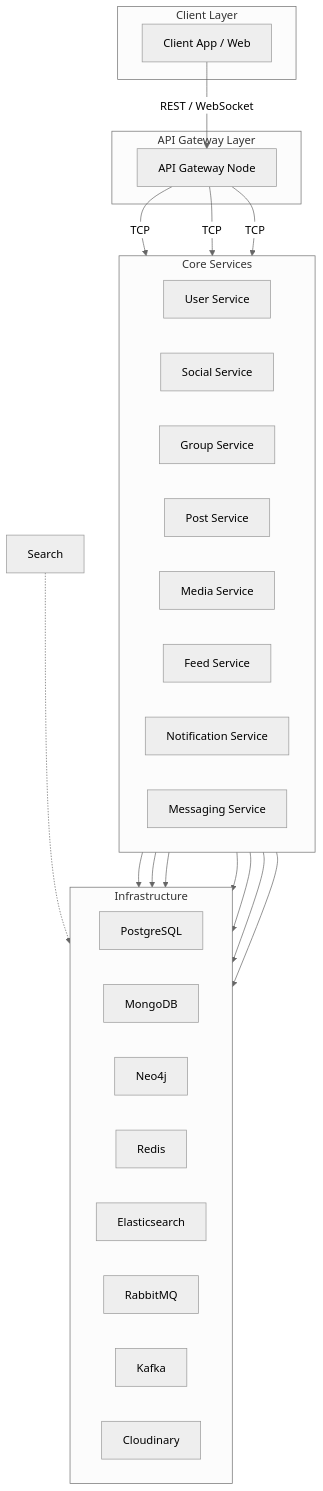
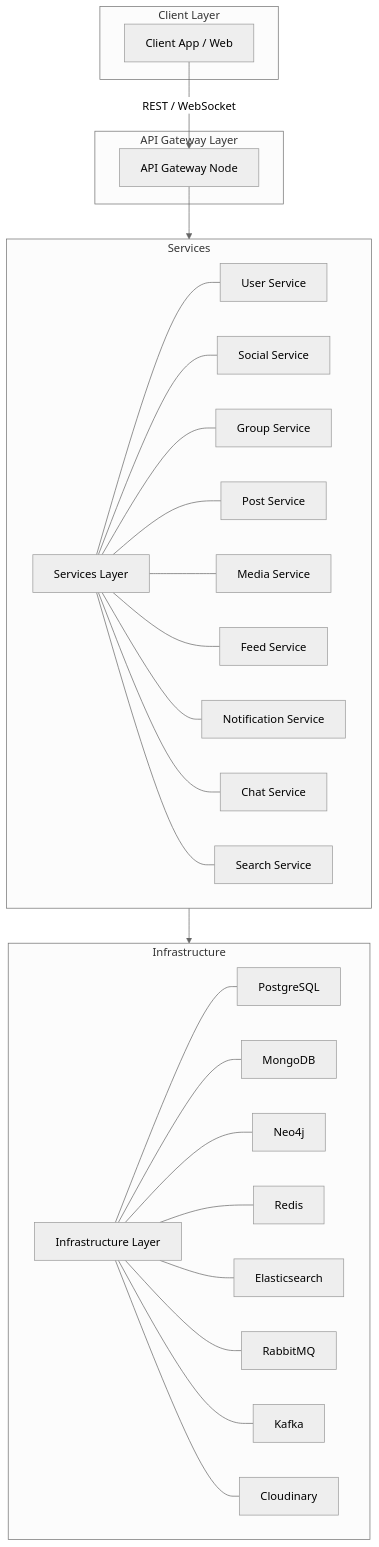
One commit to LeVanHuy84/microservice-server changed the diagram in doan.md. Above: the diagram before and after it, drawn with Mermaid (neutral theme).

````diff
--- a/doan.md
+++ b/doan.md
@@ -2,71 +2,81 @@
 ``` mermaid
 flowchart TB
 
 %% =====================
 %% CLIENT
 %% =====================
 subgraph CLIENT["Client Layer"]
   Client["Client App / Web"]
 end
 
 %% =====================
 %% GATEWAY
 %% =====================
 subgraph GATEWAY["API Gateway Layer"]
   APIGW["API Gateway Node"]
 end
 
 %% =====================
-%% CORE SERVICES
+%% SERVICES
 %% =====================
-subgraph SERVICES["Core Services"]
+subgraph SERVICES["Services"]
   direction LR
+
+  ServicesCore["Services Layer"]
 
   User["User Service"]
   Social["Social Service"]
   Group["Group Service"]
   Post["Post Service"]
-
   Media["Media Service"]
   Feed["Feed Service"]
   Notify["Notification Service"]
-  Message["Messaging Service"]
+  Chat["Chat Service"]
+  Search["Search Service"]
+
+  ServicesCore --- User
+  ServicesCore --- Social
+  ServicesCore --- Group
+  ServicesCore --- Post
+  ServicesCore --- Media
+  ServicesCore --- Feed
+  ServicesCore --- Notify
+  ServicesCore --- Chat
+  ServicesCore --- Search
 end
 
 %% =====================
 %% INFRASTRUCTURE
 %% =====================
 subgraph INFRA["Infrastructure"]
   direction LR
 
+  InfraCore["Infrastructure Layer"]
+
   PostgreSQL["PostgreSQL"]
   MongoDB["MongoDB"]
   Neo4j["Neo4j"]
-
   Redis["Redis"]
   Elastic["Elasticsearch"]
   RabbitMQ["RabbitMQ"]
-
   Kafka["Kafka"]
   Cloudinary["Cloudinary"]
+
+  InfraCore --- PostgreSQL
+  InfraCore --- MongoDB
+  InfraCore --- Neo4j
+  InfraCore --- Redis
+  InfraCore --- Elastic
+  InfraCore --- RabbitMQ
+  InfraCore --- Kafka
+  InfraCore --- Cloudinary
 end
 
 %% =====================
-%% CONNECTIONS
+%% CONNECTIONS (OVERVIEW)
 %% =====================
 Client -->|REST / WebSocket| APIGW
-APIGW -->|TCP| User
-APIGW -->|TCP| Post
-APIGW -->|TCP| Feed
-
-User --> PostgreSQL
-Social --> MongoDB
-Group --> Neo4j
-
-Feed --> Redis
-Search -.-> Elastic
-Notify --> RabbitMQ
-Feed --> Kafka
-Media --> Cloudinary
+APIGW --> ServicesCore
+ServicesCore --> InfraCore
 
 ```
````
